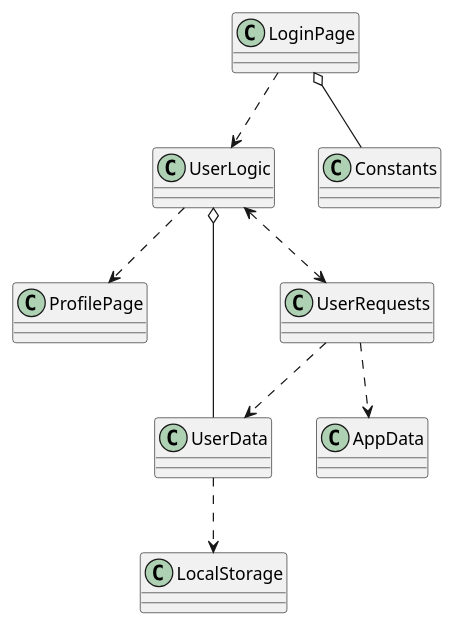
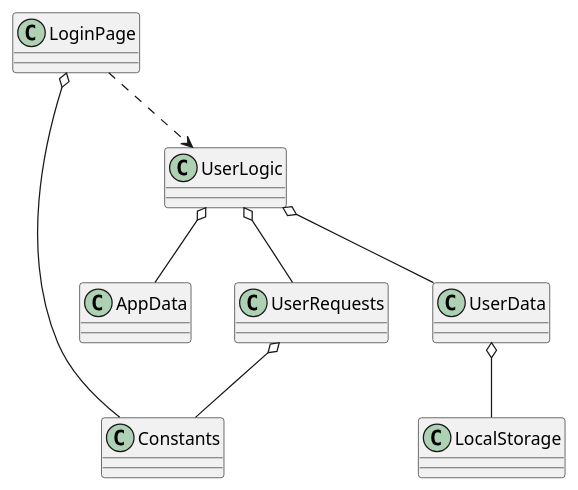
One commit to 4Whiskas/kursach changed the diagram in uml/classes/common/login.puml. Above: the diagram before and after it, drawn with PlantUML. The commit also changed 7 other files, not shown here.

```diff
--- a/uml/classes/common/login.puml
+++ b/uml/classes/common/login.puml
@@ -1,20 +1,18 @@
 @startuml
 'https://plantuml.com/class-diagram
 
 class LoginPage
-class ProfilePage
 class UserLogic
 class UserData
 class AppData
 class Constants
 class UserRequests
 class LocalStorage
-LoginPage o-- Constants
+LoginPage o- Constants
 LoginPage ..> UserLogic
 UserLogic o-- UserData
-UserData ..> LocalStorage
-UserLogic <..> UserRequests
-UserLogic ..> ProfilePage
-UserRequests ..> UserData
-UserRequests ..> AppData
+UserData o-- LocalStorage
+UserLogic o-- UserRequests
+UserLogic o-- AppData
+UserRequests o-- Constants
 @enduml
```
